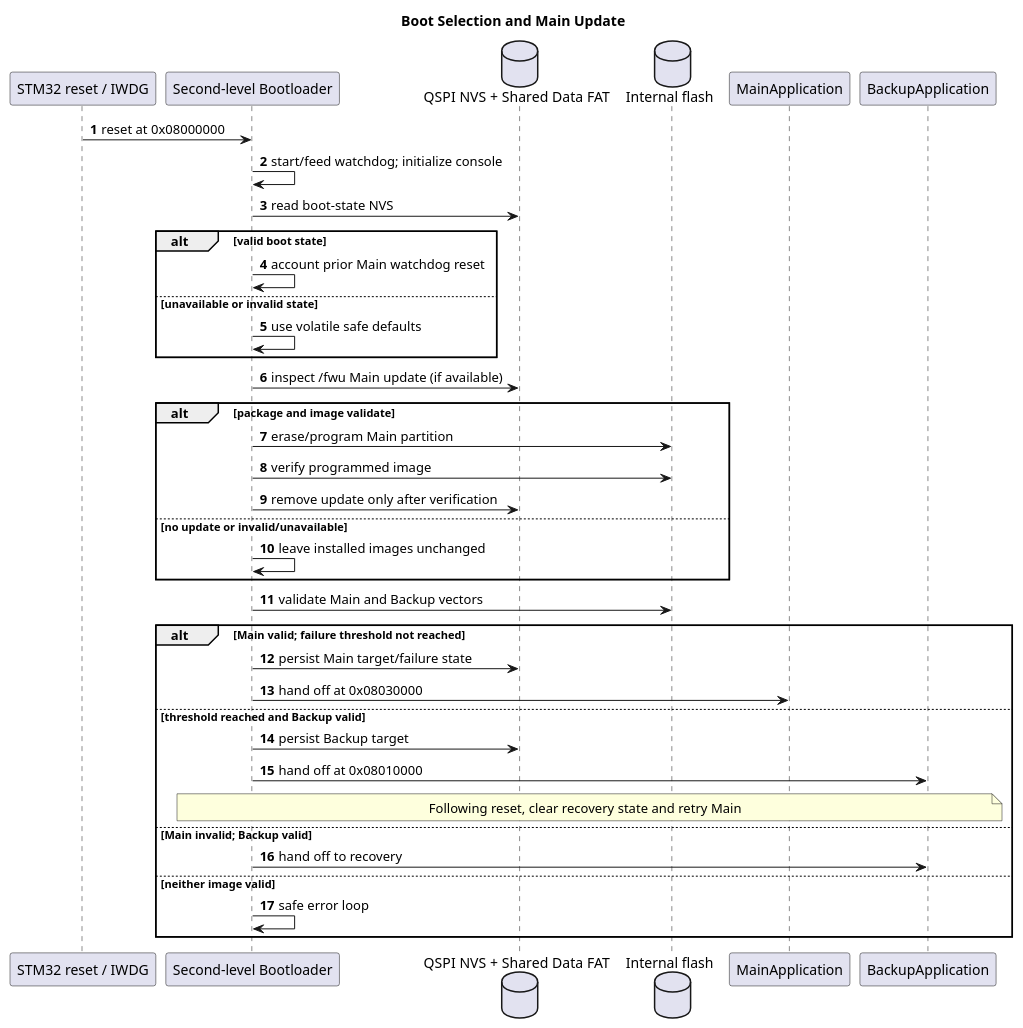
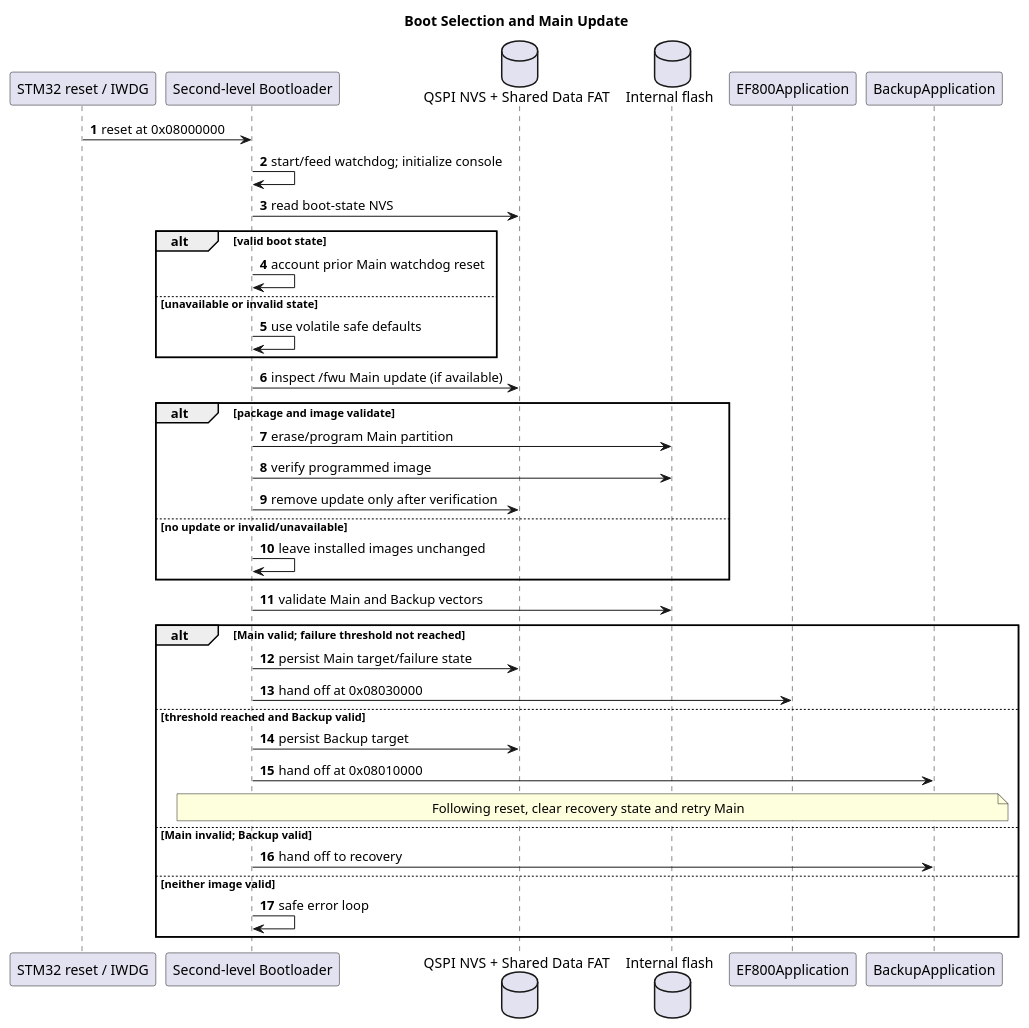
Before and after one commit to jaster-prj/EF800-Zephyr: the diagram in architecture/diagram_as_code/06_runtime_view/boot_update.puml, drawn with PlantUML. The commit also changed 386 other files, not shown here.

```diff
--- a/architecture/diagram_as_code/06_runtime_view/boot_update.puml
+++ b/architecture/diagram_as_code/06_runtime_view/boot_update.puml
@@ -1,41 +1,41 @@
 @startuml boot_update
 title Boot Selection and Main Update
 autonumber
 
 participant "STM32 reset / IWDG" as HW
 participant "Second-level Bootloader" as BL
 database "QSPI NVS + Shared Data FAT" as Q
 database "Internal flash" as IF
-participant MainApplication as Main
+participant EF800Application as Main
 participant BackupApplication as Backup
 
 HW -> BL : reset at 0x08000000
 BL -> BL : start/feed watchdog; initialize console
 BL -> Q : read boot-state NVS
 alt valid boot state
   BL -> BL : account prior Main watchdog reset
 else unavailable or invalid state
   BL -> BL : use volatile safe defaults
 end
 BL -> Q : inspect /fwu Main update (if available)
 alt package and image validate
   BL -> IF : erase/program Main partition
   BL -> IF : verify programmed image
   BL -> Q : remove update only after verification
 else no update or invalid/unavailable
   BL -> BL : leave installed images unchanged
 end
 BL -> IF : validate Main and Backup vectors
 alt Main valid; failure threshold not reached
   BL -> Q : persist Main target/failure state
   BL -> Main : hand off at 0x08030000
 else threshold reached and Backup valid
   BL -> Q : persist Backup target
   BL -> Backup : hand off at 0x08010000
   note over Backup, BL : Following reset, clear recovery state and retry Main
 else Main invalid; Backup valid
   BL -> Backup : hand off to recovery
 else neither image valid
   BL -> BL : safe error loop
 end
 @enduml
```
